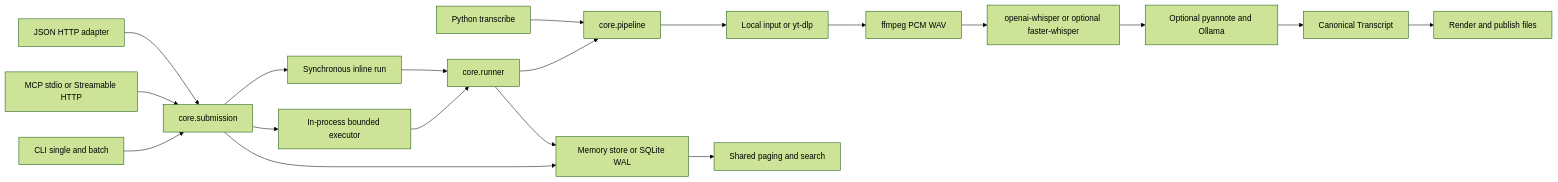
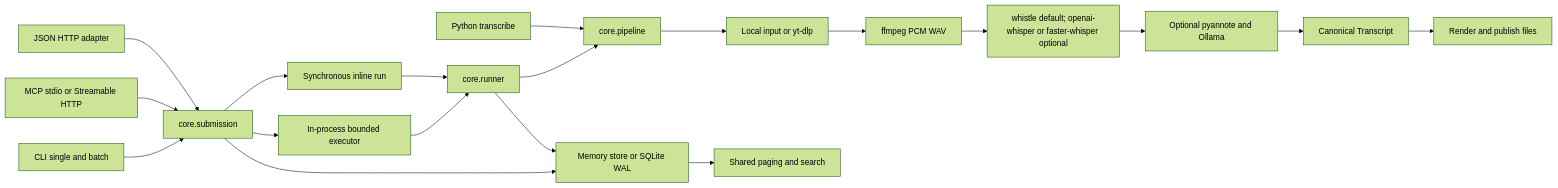
The first of 3 diagrams in docs/architecture.md (scottconverse/textflowkit), drawn with Mermaid (forest theme) before and after one commit. The commit also changed other lines of this file and 56 other files, not shown here.

````diff
--- a/docs/architecture.md
+++ b/docs/architecture.md
@@ -22,21 +28,21 @@
 ```mermaid
 flowchart LR
     CLI[CLI single and batch] --> SUB[core.submission]
     MCP[MCP stdio or Streamable HTTP] --> SUB
     HTTP[JSON HTTP adapter] --> SUB
     SUB --> STORE[Memory store or SQLite WAL]
     SUB --> EXEC[In-process bounded executor]
     SUB --> SYNC[Synchronous inline run]
     EXEC --> RUN[core.runner]
     SYNC --> RUN
     RUN --> PIPE[core.pipeline]
     PY[Python transcribe] --> PIPE
     PIPE --> ACQ[Local input or yt-dlp]
     ACQ --> DEC[ffmpeg PCM WAV]
-    DEC --> ENG[openai-whisper or optional faster-whisper]
+    DEC --> ENG[whistle default; openai-whisper or faster-whisper optional]
     ENG --> POST[Optional pyannote and Ollama]
     POST --> TR[Canonical Transcript]
     TR --> RENDER[Render and publish files]
     RUN --> STORE
     STORE --> READ[Shared paging and search]
 ```
````
